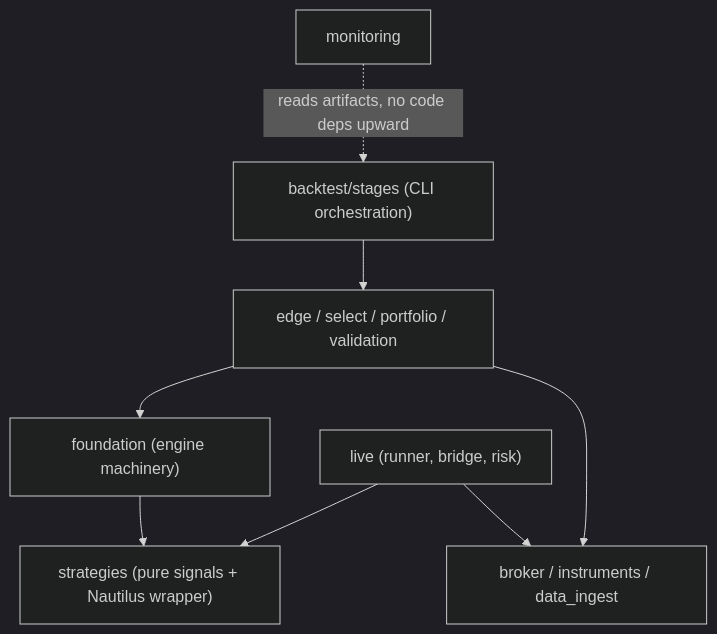
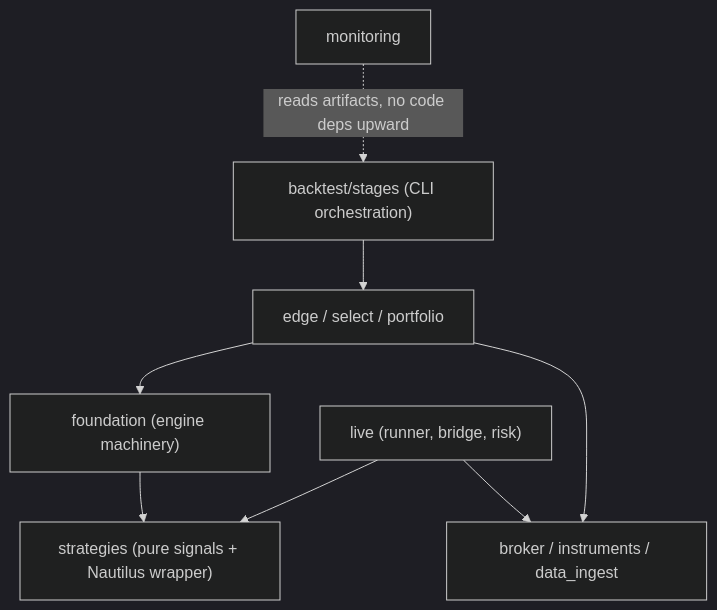
One commit to QPlus-Capital/trading-system changed the fifth of 5 diagrams in docs/architecture.md. Above: the diagram before and after it, drawn with Mermaid (dark theme). The commit also changed other lines of this file and 16 other files, not shown here.

````diff
--- a/docs/architecture.md
+++ b/docs/architecture.md
@@ -265,10 +262,10 @@
 ```mermaid
 flowchart TD
-    STAGES["backtest/stages (CLI orchestration)"] --> EDGE["edge / select / portfolio / validation"]
+    STAGES["backtest/stages (CLI orchestration)"] --> EDGE["edge / select / portfolio"]
     EDGE --> FOUND["foundation (engine machinery)"]
     FOUND --> STRAT["strategies (pure signals + Nautilus wrapper)"]
     LIVE2["live (runner, bridge, risk)"] --> STRAT
     MON2["monitoring"] -.reads artifacts, no code deps upward.-> STAGES
     EDGE --> CORE2["broker / instruments / data_ingest"]
     LIVE2 --> CORE2
 ```
````
